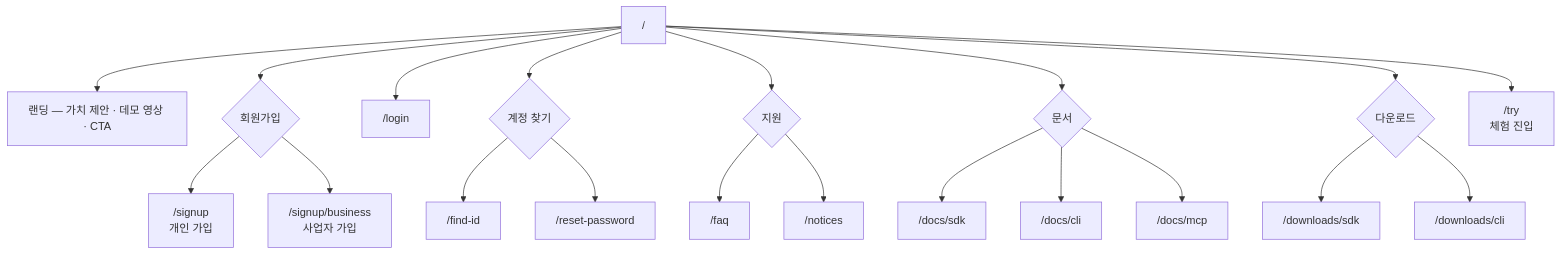
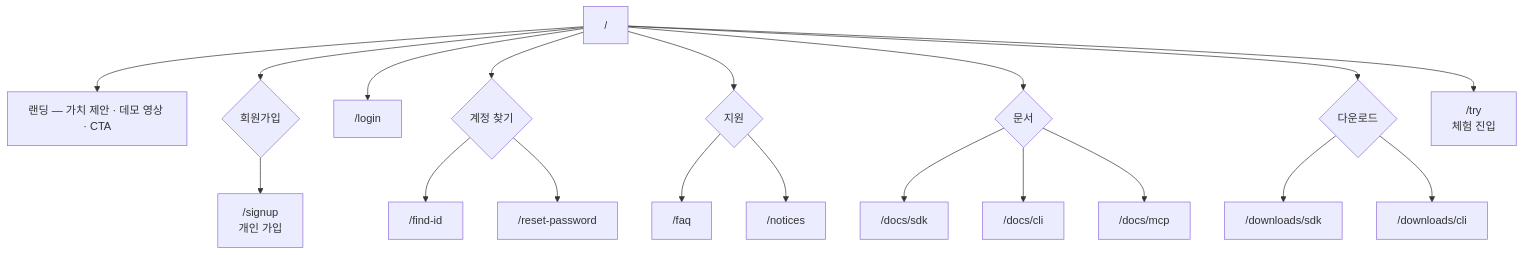
Before and after one commit to beanteacher/web-wisecan-unified: the first of 4 diagrams in pm/03_IA.md, drawn with Mermaid. The commit also changed other lines of this file and 17 other files, not shown here.

````diff
--- a/pm/03_IA.md
+++ b/pm/03_IA.md
@@ -24,22 +24,21 @@
 ```mermaid
 flowchart TD
   ROOT["/"] --> LAND[랜딩 — 가치 제안 · 데모 영상 · CTA]
   ROOT --> SIGNUP_SECTION{회원가입}
   SIGNUP_SECTION --> SU_PER["/signup<br>개인 가입"]
-  SIGNUP_SECTION --> SU_BIZ["/signup/business<br>사업자 가입"]
   ROOT --> LOGIN["/login"]
   ROOT --> FIND{계정 찾기}
   FIND --> FIND_ID["/find-id"]
   FIND --> RESET_PW["/reset-password"]
   ROOT --> SUPPORT{지원}
   SUPPORT --> FAQ["/faq"]
   SUPPORT --> NOTICES["/notices"]
   ROOT --> DOCS{문서}
   DOCS --> DOC_SDK["/docs/sdk"]
   DOCS --> DOC_CLI["/docs/cli"]
   DOCS --> DOC_MCP["/docs/mcp"]
   ROOT --> DL{다운로드}
   DL --> DL_SDK["/downloads/sdk"]
   DL --> DL_CLI["/downloads/cli"]
   ROOT --> TRY_ENTRY["/try<br>체험 진입"]
 ```
````
